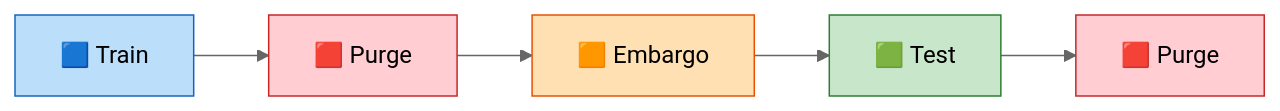
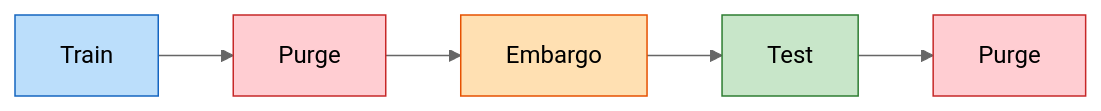
Before and after one commit to xRyann2255/ML-GS: the first of 4 diagrams in guides/vol-project-ref/markdown/ch13-evaluation.md, drawn with Mermaid (neutral theme). The commit also changed other lines of this file and 3 other files, not shown here.

````diff
--- a/guides/vol-project-ref/markdown/ch13-evaluation.md
+++ b/guides/vol-project-ref/markdown/ch13-evaluation.md
@@ -40,13 +40,13 @@
 ```mermaid
 flowchart LR
-    A["🟦 Train"] --> B["🟥 Purge"]
-    B --> C["🟧 Embargo"]
-    C --> D["🟩 Test"]
-    D --> E["🟥 Purge"]
+    A["Train"] --> B["Purge"]
+    B --> C["Embargo"]
+    C --> D["Test"]
+    D --> E["Purge"]
 
     style A fill:#bbdefb,stroke:#1565c0
     style B fill:#ffcdd2,stroke:#c62828
     style C fill:#ffe0b2,stroke:#e65100
     style D fill:#c8e6c9,stroke:#2e7d32
     style E fill:#ffcdd2,stroke:#c62828
 ```
````
